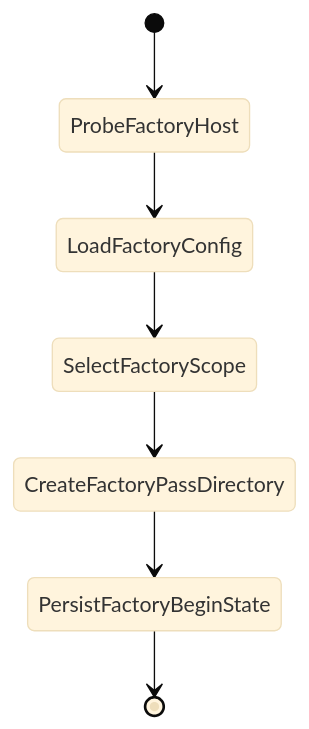
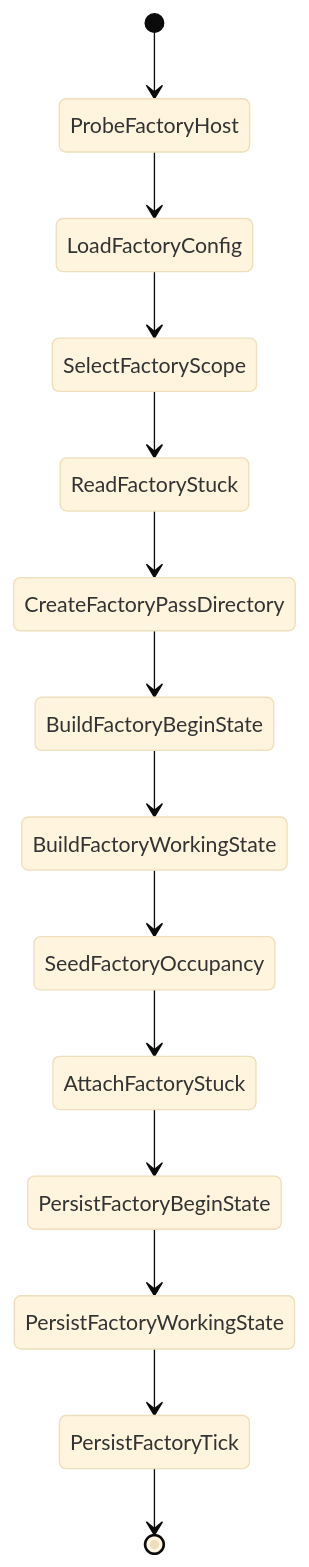
Before and after one commit to mikolaj92/lokay: the second of 43 diagrams in README.md, drawn with Mermaid (base theme). The commit also changed other lines of this file and 12 other files, not shown here.

First line of the commit message:
factory_begin: compose one-job atoms, do not fatten persist

````diff
--- a/README.md
+++ b/README.md
@@ -115,9 +115,16 @@
 ```mermaid
 stateDiagram-v2
     [*] --> ProbeFactoryHost
     ProbeFactoryHost --> LoadFactoryConfig
     LoadFactoryConfig --> SelectFactoryScope
-    SelectFactoryScope --> CreateFactoryPassDirectory
-    CreateFactoryPassDirectory --> PersistFactoryBeginState
-    PersistFactoryBeginState --> [*]
+    SelectFactoryScope --> ReadFactoryStuck
+    ReadFactoryStuck --> CreateFactoryPassDirectory
+    CreateFactoryPassDirectory --> BuildFactoryBeginState
+    BuildFactoryBeginState --> BuildFactoryWorkingState
+    BuildFactoryWorkingState --> SeedFactoryOccupancy
+    SeedFactoryOccupancy --> AttachFactoryStuck
+    AttachFactoryStuck --> PersistFactoryBeginState
+    PersistFactoryBeginState --> PersistFactoryWorkingState
+    PersistFactoryWorkingState --> PersistFactoryTick
+    PersistFactoryTick --> [*]
 ```
````
